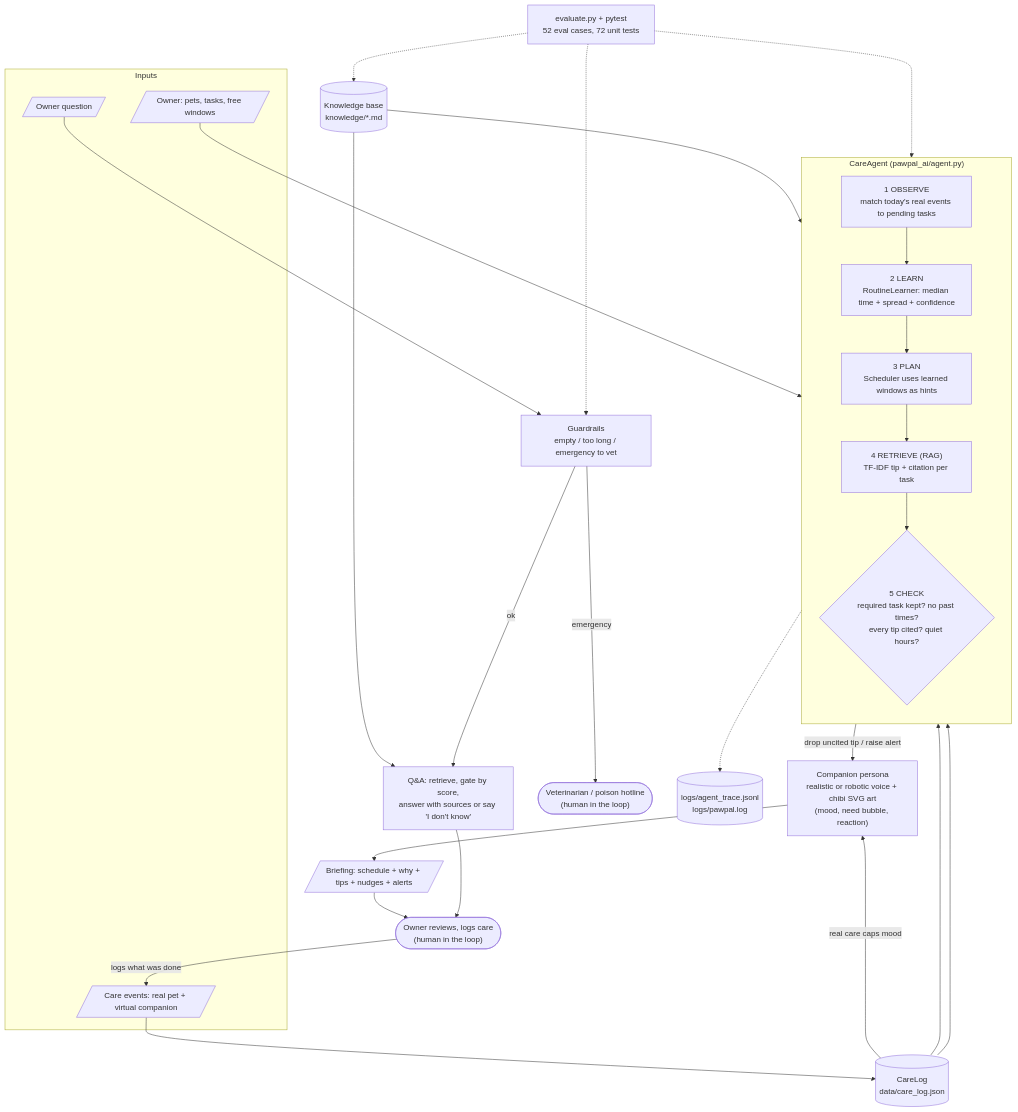
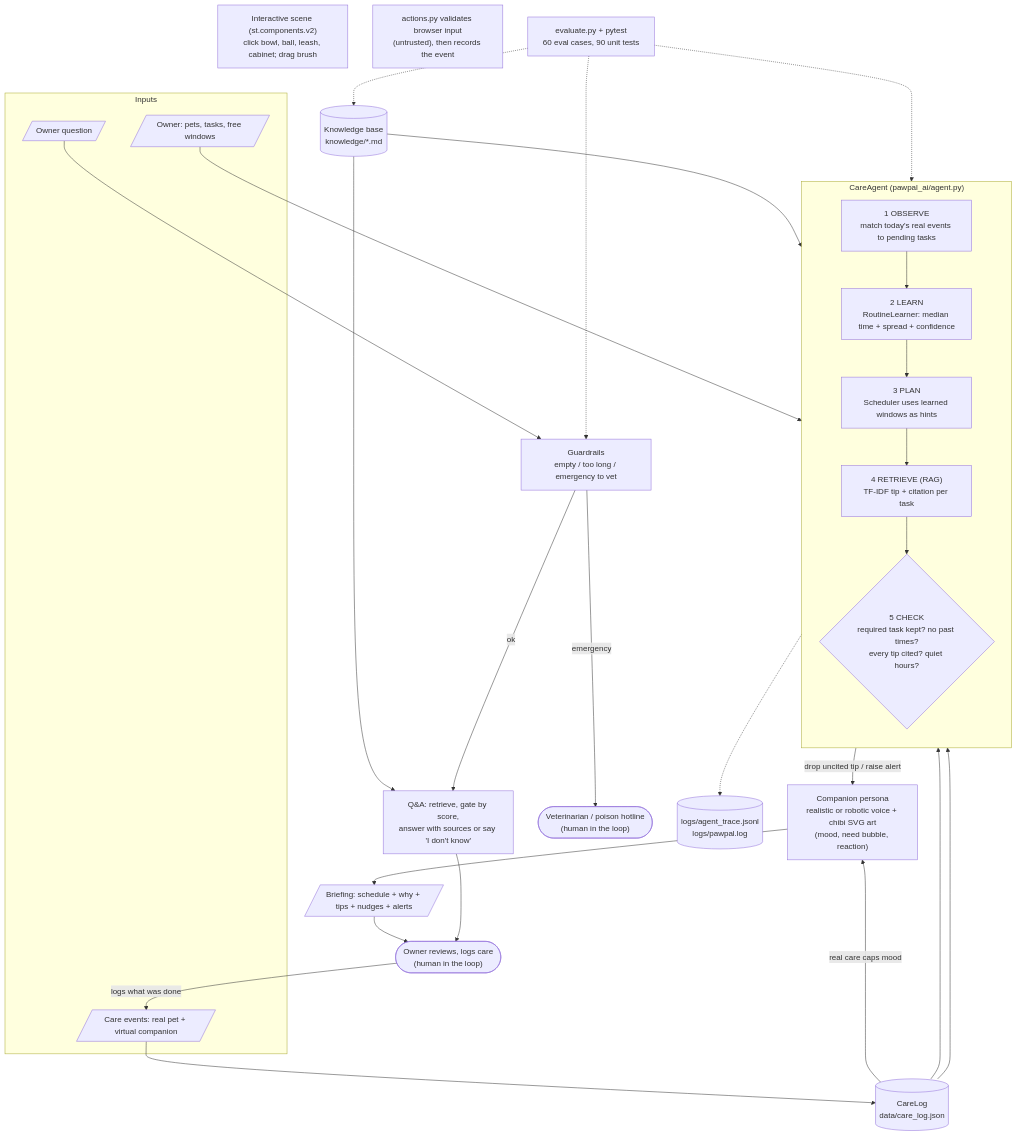
One commit to KJhenelle/applied-ai-system-project changed the diagram in diagrams/architecture.mmd. Above: the diagram before and after it, drawn with Mermaid. The commit also changed 3 other files, not shown here.

Commit message:
Docs: interactive scene, validated browser actions, updated counts and diagram

```diff
--- a/diagrams/architecture.mmd
+++ b/diagrams/architecture.mmd
@@ -1,46 +1,48 @@
 flowchart TD
     subgraph Inputs
         OWNER[/"Owner: pets, tasks, free windows"/]
         EVENTS[/"Care events: real pet + virtual companion"/]
         QUESTION[/"Owner question"/]
     end
 
     LOG[("CareLog<br/>data/care_log.json")]
     KB[("Knowledge base<br/>knowledge/*.md")]
 
     subgraph Agent["CareAgent  (pawpal_ai/agent.py)"]
         direction TB
         OBS["1 OBSERVE<br/>match today's real events to pending tasks"]
         LEARN["2 LEARN<br/>RoutineLearner: median time + spread + confidence"]
         PLAN["3 PLAN<br/>Scheduler uses learned windows as hints"]
         RET["4 RETRIEVE (RAG)<br/>TF-IDF tip + citation per task"]
         CHECK{"5 CHECK<br/>required task kept? no past times?<br/>every tip cited? quiet hours?"}
         OBS --> LEARN --> PLAN --> RET --> CHECK
     end
 
     GUARD["Guardrails<br/>empty / too long / emergency to vet"]
     ASK["Q&A: retrieve, gate by score,<br/>answer with sources or say 'I don't know'"]
 
     COMP["Companion persona<br/>realistic or robotic voice + chibi SVG art<br/>(mood, need bubble, reaction)"]
     OUT[/"Briefing: schedule + why + tips + nudges + alerts"/]
     VET(["Veterinarian / poison hotline<br/>(human in the loop)"])
+    STAGE["Interactive scene (st.components.v2)<br/>click bowl, ball, leash, cabinet; drag brush"]
+    ACT["actions.py validates browser input<br/>(untrusted), then records the event"]
     OWNERCHECK(["Owner reviews, logs care<br/>(human in the loop)"])
     TRACE[("logs/agent_trace.jsonl<br/>logs/pawpal.log")]
-    EVAL["evaluate.py + pytest<br/>52 eval cases, 72 unit tests"]
+    EVAL["evaluate.py + pytest<br/>60 eval cases, 90 unit tests"]
 
     OWNER --> OBS
     EVENTS --> LOG --> OBS
     LOG --> LEARN
     KB --> RET
     KB --> ASK
     QUESTION --> GUARD
     GUARD -- "ok" --> ASK
     GUARD -- "emergency" --> VET
     LOG -- "real care caps mood" --> COMP
     CHECK -- "drop uncited tip / raise alert" --> COMP --> OUT --> OWNERCHECK
     ASK --> OWNERCHECK
     OWNERCHECK -- "logs what was done" --> EVENTS
     Agent -.-> TRACE
     EVAL -.-> Agent
     EVAL -.-> GUARD
     EVAL -.-> KB
```
